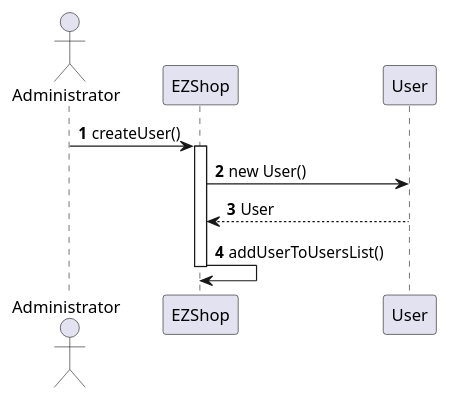
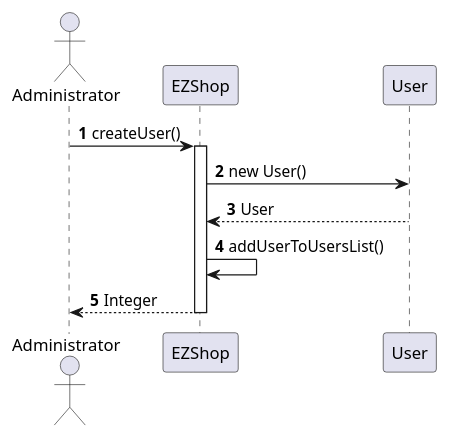
Before and after one commit to gioele-scaletta/EZShop-Software-Engineering-Project: the seventh of 20 diagrams in Deliverables/DesignDocument.md, drawn with PlantUML. The commit also changed other lines of this file, not shown here.

Commit message:
Slight modification of UC1,2,3 and UML Diagram

````diff
--- a/Deliverables/DesignDocument.md
+++ b/Deliverables/DesignDocument.md
@@ -326,11 +334,12 @@
 ```plantuml
 actor "Administrator" as user
 autonumber
 
 user->EZShop : createUser()
 activate EZShop
 EZShop->User : new User()
 User -->EZShop : User
 EZShop->EZShop : addUserToUsersList()
+EZShop-->user: Integer
 deactivate EZShop
 ```
````
